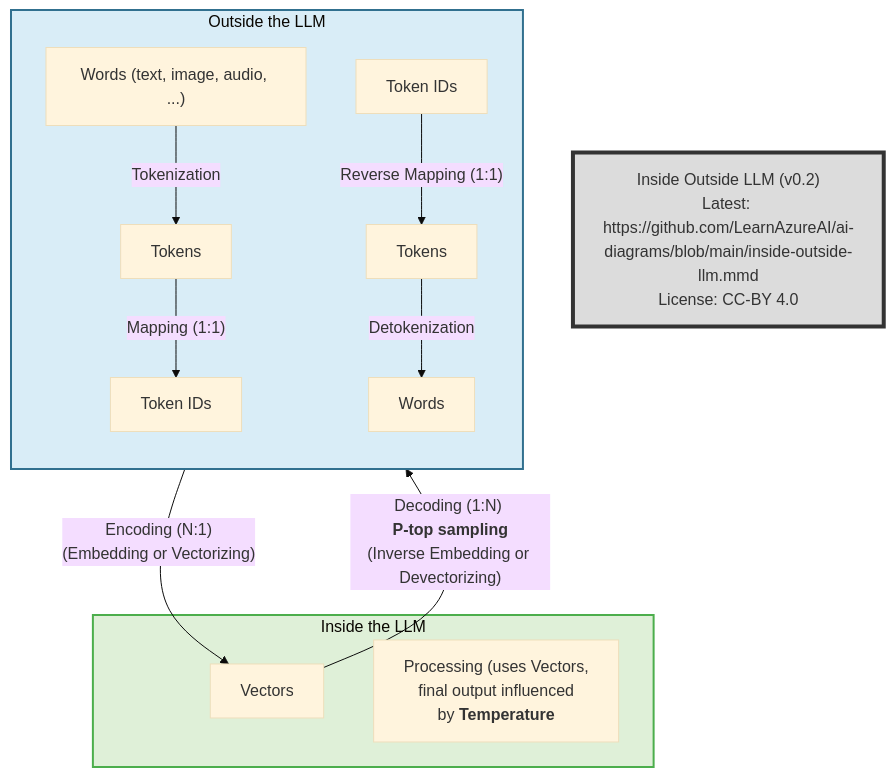
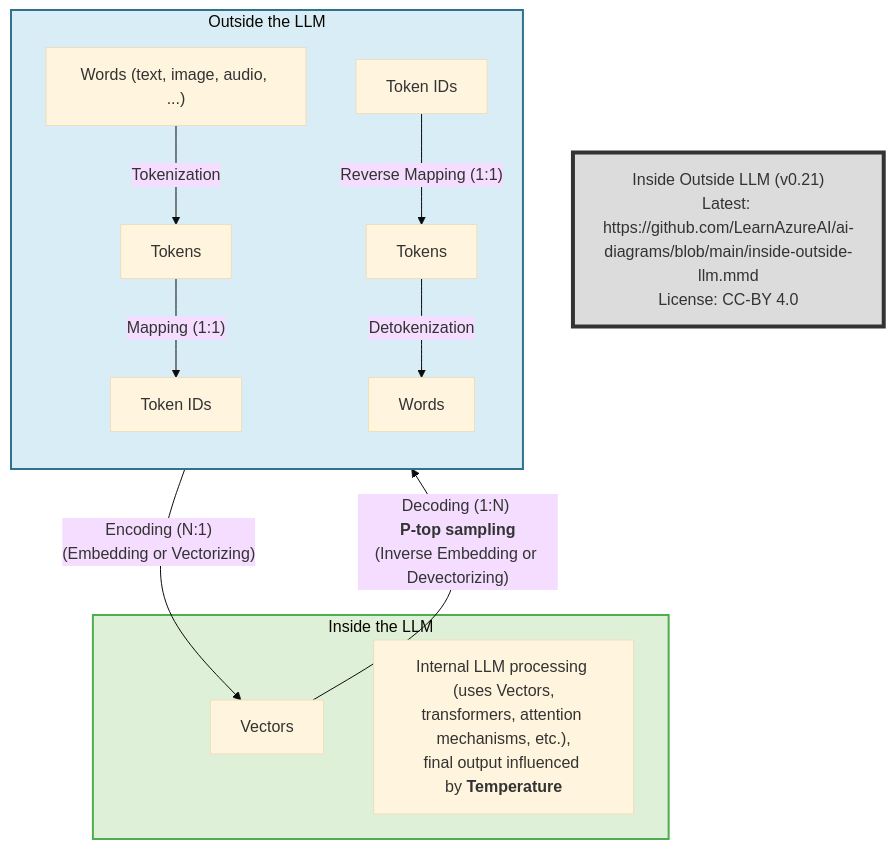
Before and after one commit to LearnAzureAI/ai-diagrams: the diagram in inside-outside-llm.mmd, drawn with Mermaid (base theme).

Commit message:
v0.21
Fix wording

```diff
--- a/inside-outside-llm.mmd
+++ b/inside-outside-llm.mmd
@@ -1,33 +1,34 @@
 %% Inside Outside LLM is from the AI Diagram repo by LearnAzureAI is licensed under CC BY 4.0. https://github.com/LearnAzureAI/ai-diagrams/blob/main/inside-outside-llm.mmd
 
 graph TD
     subgraph LLMAirspace["Inside the LLM"]
         style LLMAirspace fill:#dff0d8,stroke:#4cae4c,stroke-width:2px;
 
         %% These and other factors depend on model architecture (e.g., transformer layers, attention mechanisms)
         D[Vectors]
-        T["`Processing (uses Vectors, 
+        T["`Internal LLM processing (uses Vectors,
+         transformers, attention mechanisms, etc.),
          final output influenced 
          by **Temperature**`"]
     end
 
     subgraph OutsideLLM["Outside the LLM"]
         style OutsideLLM fill:#d9edf7,stroke:#31708f,stroke-width:2px;
 
         direction TB
         A["Words (text, image, audio, ...)"] -->|Tokenization| B[Tokens]
         B -->|"Mapping (1:1)"| C[Token IDs]
         E -->|"Reverse Mapping (1:1)"| F[Tokens]
         F -->|Detokenization| G[Words]
     end
 
     C -->|"Encoding (N:1) 
           (Embedding or Vectorizing)"| D
 
     D -->|"`Decoding (1:N) 
             %% p-top nucleus sampling
             **P-top sampling**
             (Inverse Embedding or Devectorizing)`"| E[Token IDs]
 
-    attribution["Inside Outside LLM (v0.2)<br>Latest: https://github.com/LearnAzureAI/ai-diagrams/blob/main/inside-outside-llm.mmd<br>License: CC-BY 4.0"]
+    attribution["Inside Outside LLM (v0.21)<br>Latest: https://github.com/LearnAzureAI/ai-diagrams/blob/main/inside-outside-llm.mmd<br>License: CC-BY 4.0"]
     style attribution fill:#DCDCDC,stroke:#333,stroke-width:4px
```
